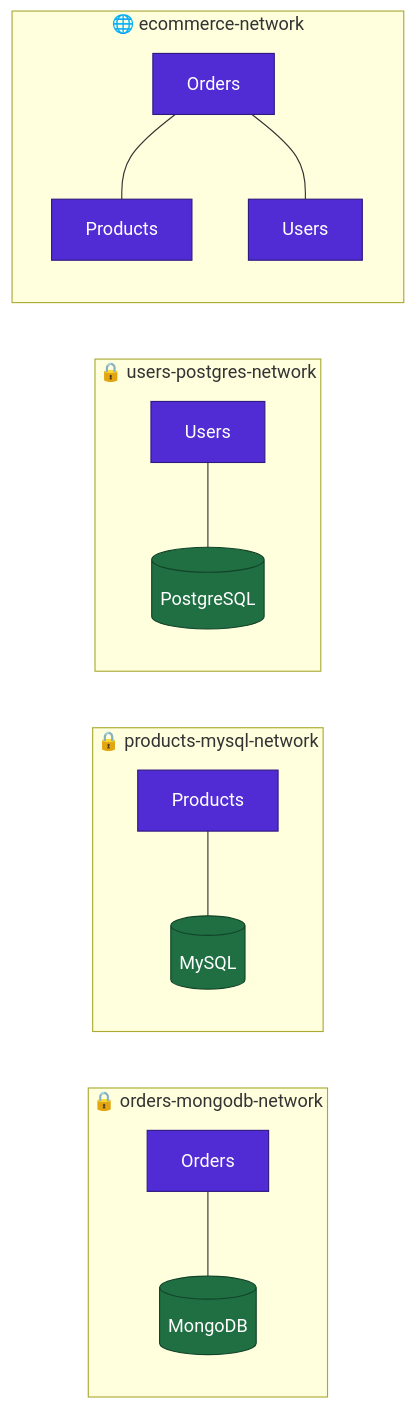
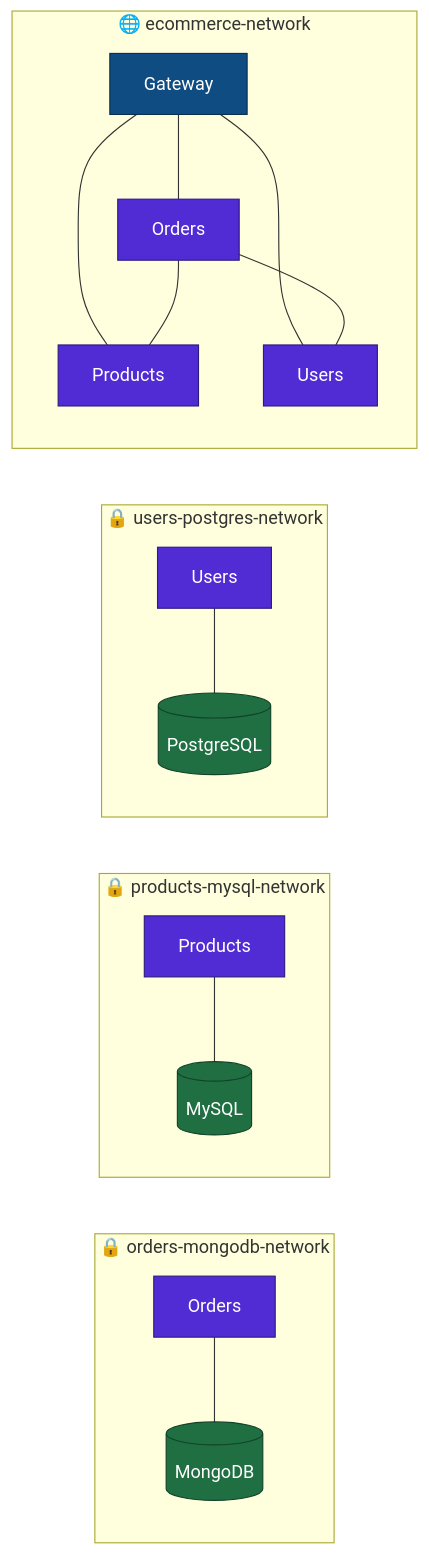
The third of 4 diagrams in readme.md (sayanpr8175/eCommerceSolution.OrdersService), drawn with Mermaid before and after one commit. The commit also changed other lines of this file, not shown here.

````diff
--- a/readme.md
+++ b/readme.md
@@ -502,21 +677,26 @@
 ```mermaid
 flowchart LR
     subgraph n1["🔒 orders-mongodb-network"]
         O1["Orders"] --- M1[("MongoDB")]
     end
     subgraph n2["🔒 products-mysql-network"]
         P1["Products"] --- Y1[("MySQL")]
     end
     subgraph n3["🔒 users-postgres-network"]
         U1["Users"] --- G1[("PostgreSQL")]
     end
     subgraph n4["🌐 ecommerce-network"]
-        O2["Orders"] --- P2["Products"]
-        O2 --- U2["Users"]
+        GW["Gateway"] --- O2["Orders"]
+        GW --- P2["Products"]
+        GW --- U2["Users"]
+        O2 --- P2
+        O2 --- U2
     end
 
     classDef svc fill:#512BD4,stroke:#2f1a80,color:#ffffff
     classDef db fill:#1f6f43,stroke:#124228,color:#ffffff
+    classDef edgeNode fill:#0f4c81,stroke:#08304f,color:#ffffff
     class O1,P1,U1,O2,P2,U2 svc
     class M1,Y1,G1 db
+    class GW edgeNode
 ```
````
